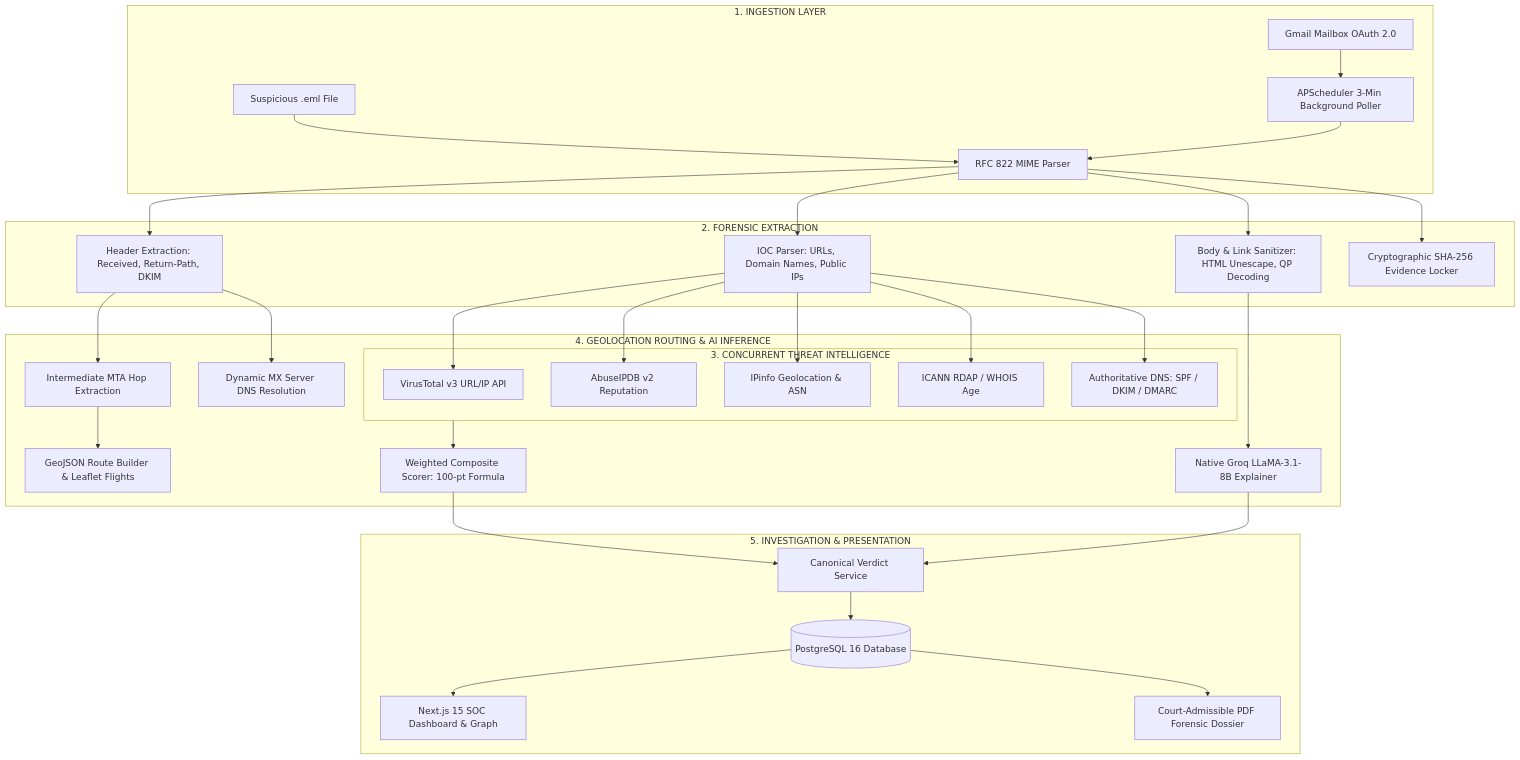
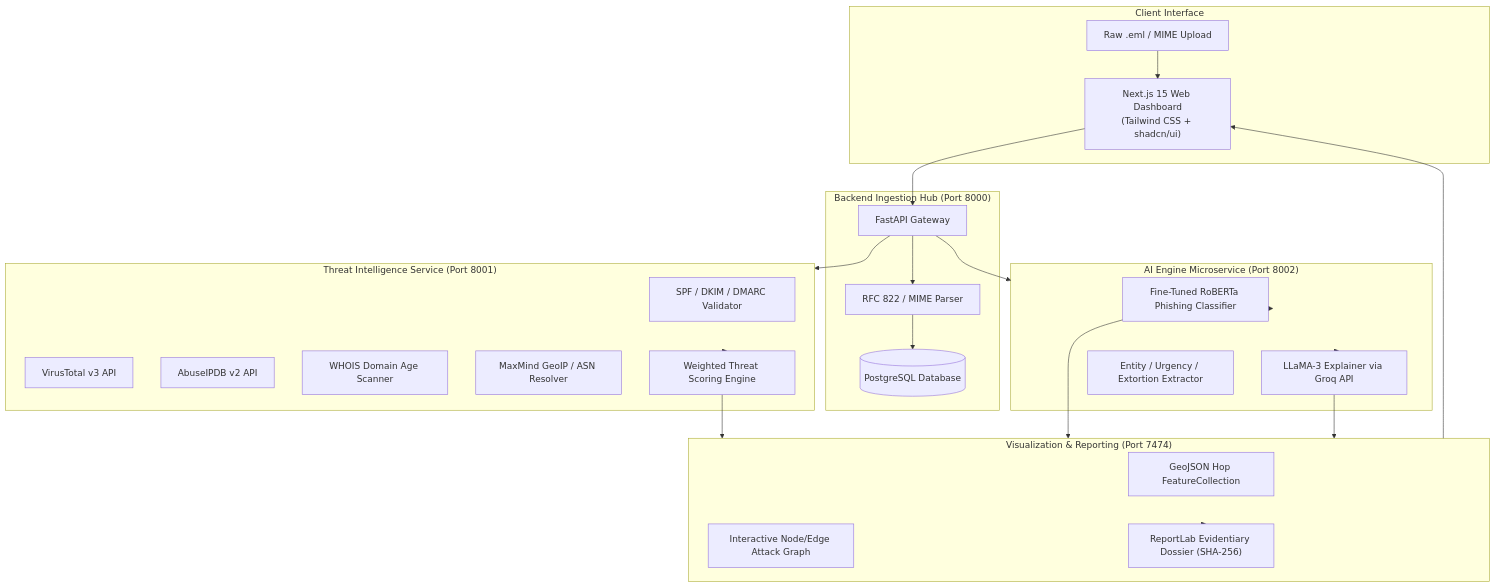
Before and after one commit to nleelaranga-ai/tracemail-ai: the diagram in README.md, drawn with Mermaid. The commit also changed other lines of this file and 1 other file, not shown here.

Commit message:
docs: upgrade README and system architecture for SIH 2026 flagship

````diff
--- a/README.md
+++ b/README.md
@@ -184,40 +50,53 @@
 ```mermaid
 flowchart TD
-    subgraph Ingestion["1. INGESTION LAYER"]
-        A[Suspicious .eml File] --> PARSER[RFC 822 MIME Parser]
-        B[Gmail Mailbox OAuth 2.0] --> SCHED[APScheduler 3-Min Background Poller]
-        SCHED --> PARSER
+    subgraph Client ["Client Interface"]
+        UI["Next.js 15 Web Dashboard<br/>(Tailwind CSS + shadcn/ui)"]
+        Upload["Raw .eml / MIME Upload"]
     end
 
-    subgraph ForensicExtraction["2. FORENSIC EXTRACTION"]
-        PARSER --> HDR[Header Extraction: Received, Return-Path, DKIM]
-        PARSER --> BODY[Body & Link Sanitizer: HTML Unescape, QP Decoding]
-        PARSER --> IOC[IOC Parser: URLs, Domain Names, Public IPs]
-        PARSER --> HASH[Cryptographic SHA-256 Evidence Locker]
+    subgraph Hub ["Backend Ingestion Hub (Port 8000)"]
+        API["FastAPI Gateway"]
+        Parser["RFC 822 / MIME Parser"]
+        PG[("PostgreSQL Database")]
     end
 
-    subgraph Intelligence["3. CONCURRENT THREAT INTELLIGENCE"]
-        IOC --> VT[VirusTotal v3 URL/IP API]
-        IOC --> AB[AbuseIPDB v2 Reputation]
-        IOC --> IP[IPinfo Geolocation & ASN]
-        IOC --> RD[ICANN RDAP / WHOIS Age]
-        IOC --> DNS[Authoritative DNS: SPF / DKIM / DMARC]
+    subgraph ThreatEngine ["Threat Intelligence Service (Port 8001)"]
+        SPF["SPF / DKIM / DMARC Validator"]
+        VT["VirusTotal v3 API"]
+        Abuse["AbuseIPDB v2 API"]
+        Whois["WHOIS Domain Age Scanner"]
+        Geo["MaxMind GeoIP / ASN Resolver"]
+        ScoreCalc["Weighted Threat Scoring Engine"]
     end
 
-    subgraph RoutingAndAI["4. GEOLOCATION ROUTING & AI INFERENCE"]
-        HDR --> MX[Dynamic MX Server DNS Resolution]
-        HDR --> RELAY[Intermediate MTA Hop Extraction]
-        RELAY --> MAPS[GeoJSON Route Builder & Leaflet Flights]
-        
-        BODY --> GROQ[Native Groq LLaMA-3.1-8B Explainer]
-        Intelligence --> SCORER[Weighted Composite Scorer: 100-pt Formula]
+    subgraph AIEngine ["AI Engine Microservice (Port 8002)"]
+        RoBERTa["Fine-Tuned RoBERTa Phishing Classifier"]
+        LLaMA["LLaMA-3 Explainer via Groq API"]
+        Entity["Entity / Urgency / Extortion Extractor"]
     end
 
-    subgraph Presentation["5. INVESTIGATION & PRESENTATION"]
-        SCORER --> VERDICT[Canonical Verdict Service]
-        GROQ --> VERDICT
-        VERDICT --> DB[(PostgreSQL 16 Database)]
-        DB --> UI[Next.js 15 SOC Dashboard & Graph]
-        DB --> PDF[Court-Admissible PDF Forensic Dossier]
+    subgraph Viz ["Visualization & Reporting (Port 7474)"]
+        GeoJSON["GeoJSON Hop FeatureCollection"]
+        Graph["Interactive Node/Edge Attack Graph"]
+        PDF["ReportLab Evidentiary Dossier (SHA-256)"]
     end
+
+    Upload --> UI
+    UI --> API
+    API --> Parser
+    Parser --> PG
+    
+    API --> ThreatEngine
+    ThreatEngine --> ScoreCalc
+    
+    API --> AIEngine
+    AIEngine --> RoBERTa
+    AIEngine --> LLaMA
+    
+    ScoreCalc --> Viz
+    RoBERTa --> Viz
+    LLaMA --> Viz
+    
+    Viz --> PDF
+    Viz --> UI
 ```
````
